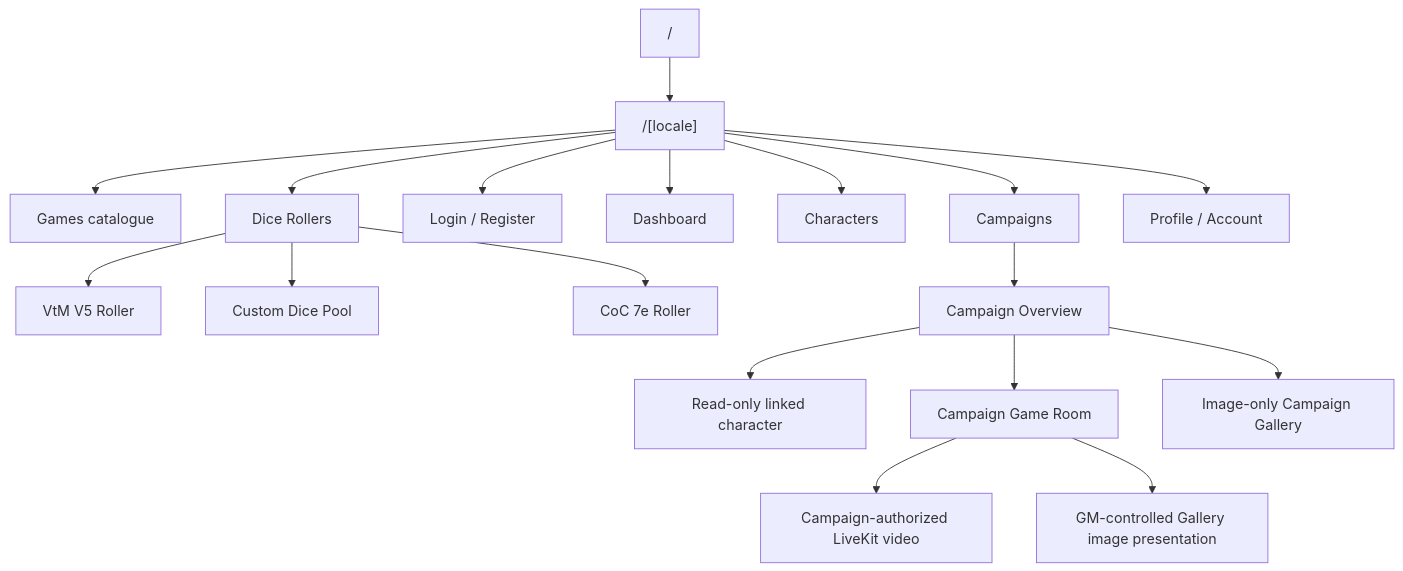
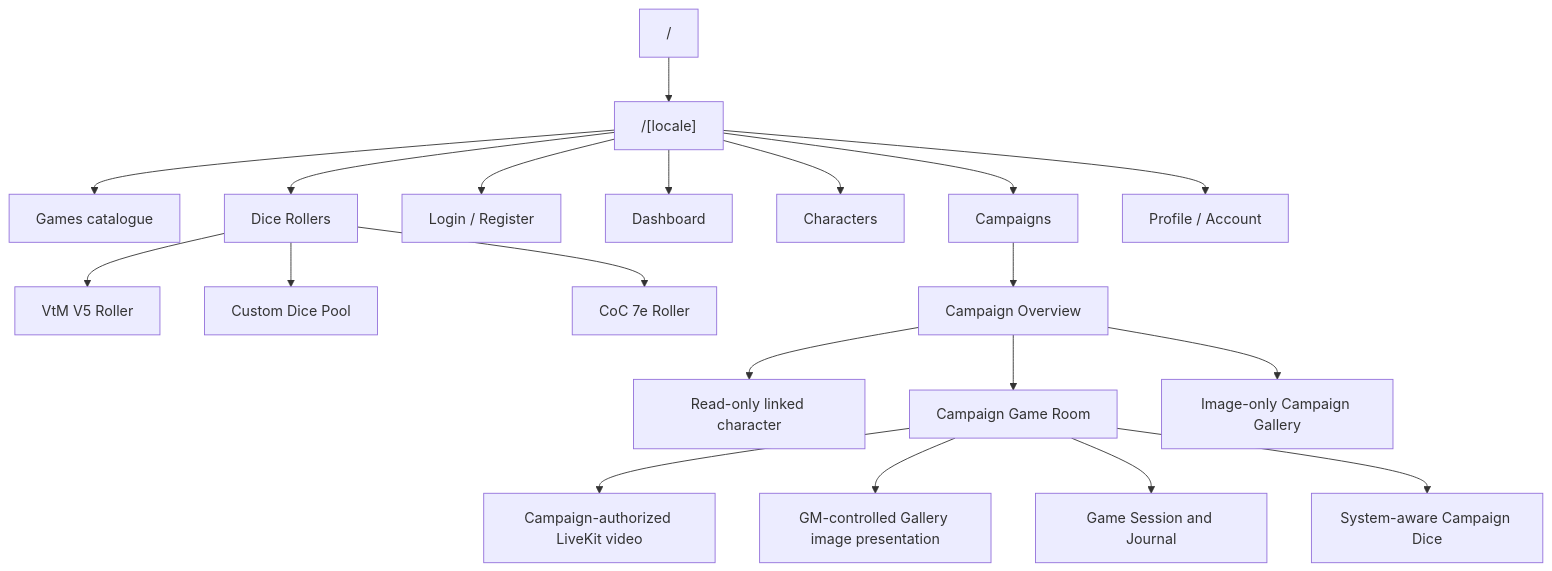
One commit to Andrey-0101/ttrpg-website changed the first of 2 diagrams in docs/product/SITE_MAP.md. Above: the diagram before and after it, drawn with Mermaid. The commit also changed other lines of this file and 15 other files, not shown here.

````diff
--- a/docs/product/SITE_MAP.md
+++ b/docs/product/SITE_MAP.md
@@ -9,20 +9,22 @@
 ```mermaid
 flowchart TD
     ROOT["/"] --> LOCALE["/[locale]"]
     LOCALE --> GAMES["Games catalogue"]
     LOCALE --> DICE["Dice Rollers"]
     LOCALE --> AUTH["Login / Register"]
     LOCALE --> DASHBOARD["Dashboard"]
     LOCALE --> CHARACTERS["Characters"]
     LOCALE --> CAMPAIGNS["Campaigns"]
     LOCALE --> PROFILE["Profile / Account"]
     DICE --> VTM_DICE["VtM V5 Roller"]
     DICE --> CUSTOM_DICE["Custom Dice Pool"]
     DICE --> COC_DICE["CoC 7e Roller"]
     CAMPAIGNS --> CAMPAIGN["Campaign Overview"]
     CAMPAIGN --> SHARED_CHARACTER["Read-only linked character"]
     CAMPAIGN --> GAME_ROOM["Campaign Game Room"]
     CAMPAIGN --> GALLERY["Image-only Campaign Gallery"]
     GAME_ROOM --> VIDEO["Campaign-authorized LiveKit video"]
     GAME_ROOM --> DISPLAY["GM-controlled Gallery image presentation"]
+    GAME_ROOM --> SESSION["Game Session and Journal"]
+    GAME_ROOM --> SYSTEM_DICE["System-aware Campaign Dice"]
 ```
````
